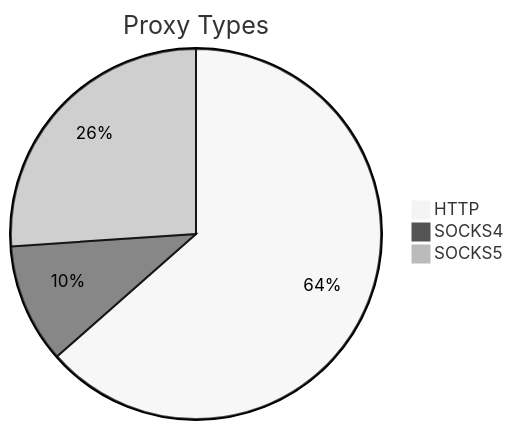
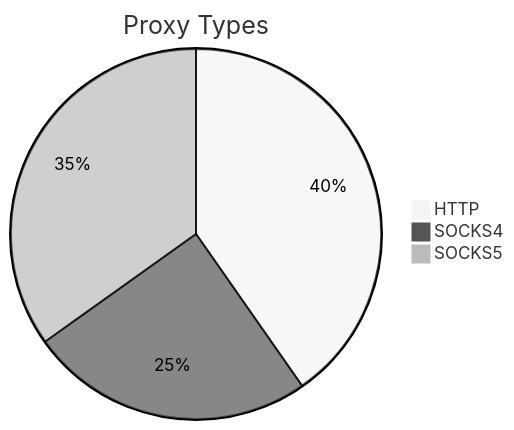
The first of 2 diagrams in README.md (stormsia/proxy-list), drawn with Mermaid (neutral theme) before and after one commit. The commit also changed other lines of this file, not shown here.

````diff
--- a/README.md
+++ b/README.md
@@ -21,6 +21,6 @@
 ```mermaid
 pie title Proxy Types
-    "HTTP" : 134
-    "SOCKS4" : 22
-    "SOCKS5" : 55
+    "HTTP" : 193
+    "SOCKS4" : 119
+    "SOCKS5" : 167
 ```
````
